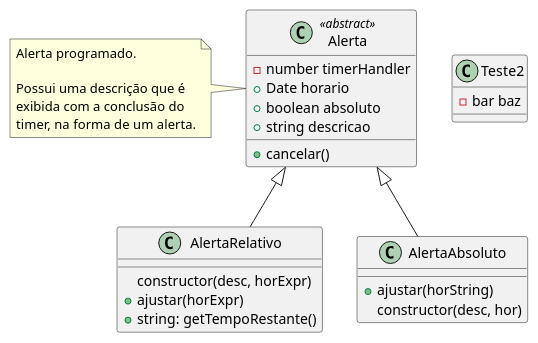
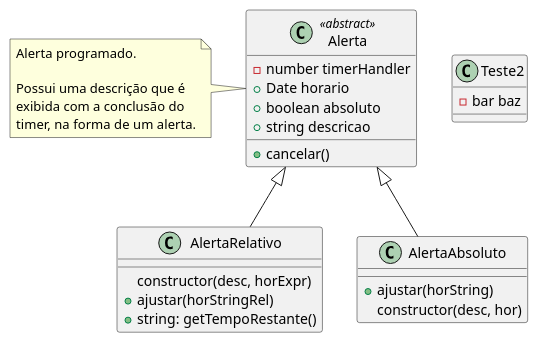
The diagram in classes.puml (ruipimentel/plantuml-demo), drawn with PlantUML before and after one commit.

Commit message:
Renomeia horExpr → horStringRel

```diff
--- a/classes.puml
+++ b/classes.puml
@@ -1,32 +1,32 @@
 @startuml "Classes"
 
 top to bottom direction
 
 class Alerta <<abstract>> {
   - number timerHandler
   + Date horario
   + boolean absoluto
   + string descricao
   + cancelar()
 }
 note left of Alerta : Alerta programado.\n\nPossui uma descrição que é\nexibida com a conclusão do\ntimer, na forma de um alerta.
 
 class AlertaRelativo {
   constructor(desc, horExpr)
-  + ajustar(horExpr)
+  + ajustar(horStringRel)
   + string: getTempoRestante()
 }
 
 class AlertaAbsoluto {
   + ajustar(horString)
   constructor(desc, hor)
 }
 
 class Teste2 {
   - bar baz
 }
 
 Alerta <|-- AlertaRelativo
 Alerta <|-- AlertaAbsoluto
 
 @enduml
```
